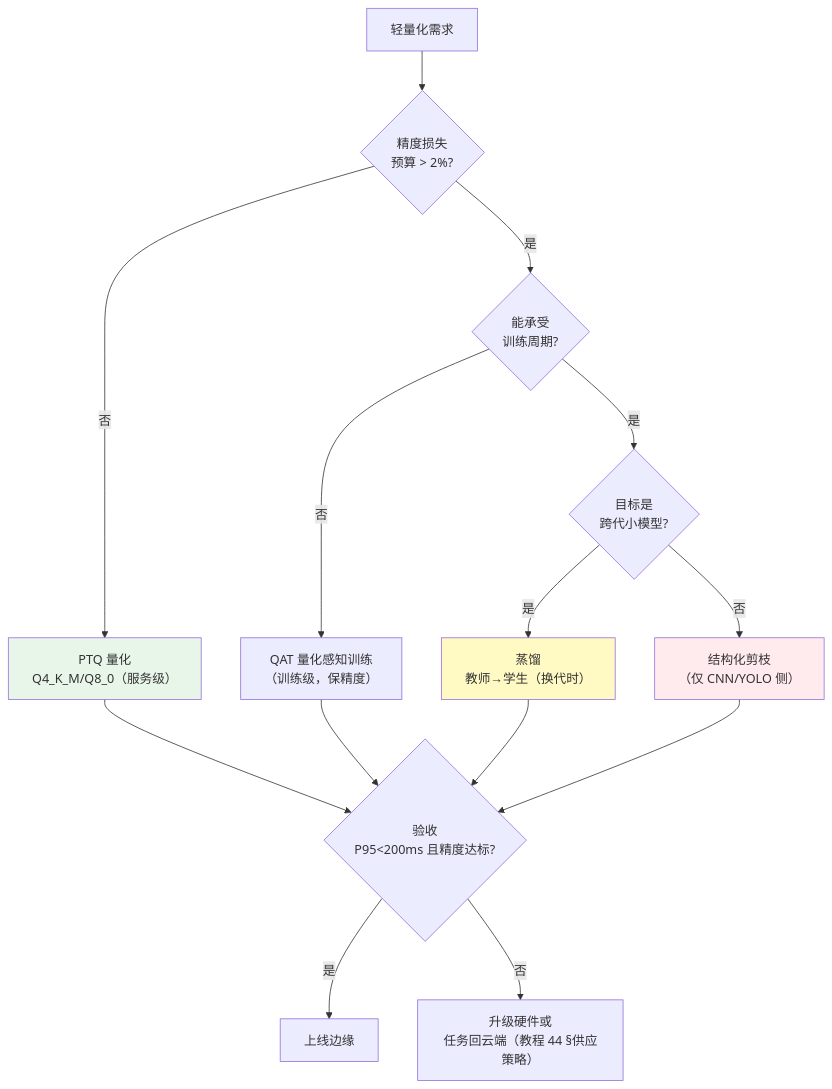
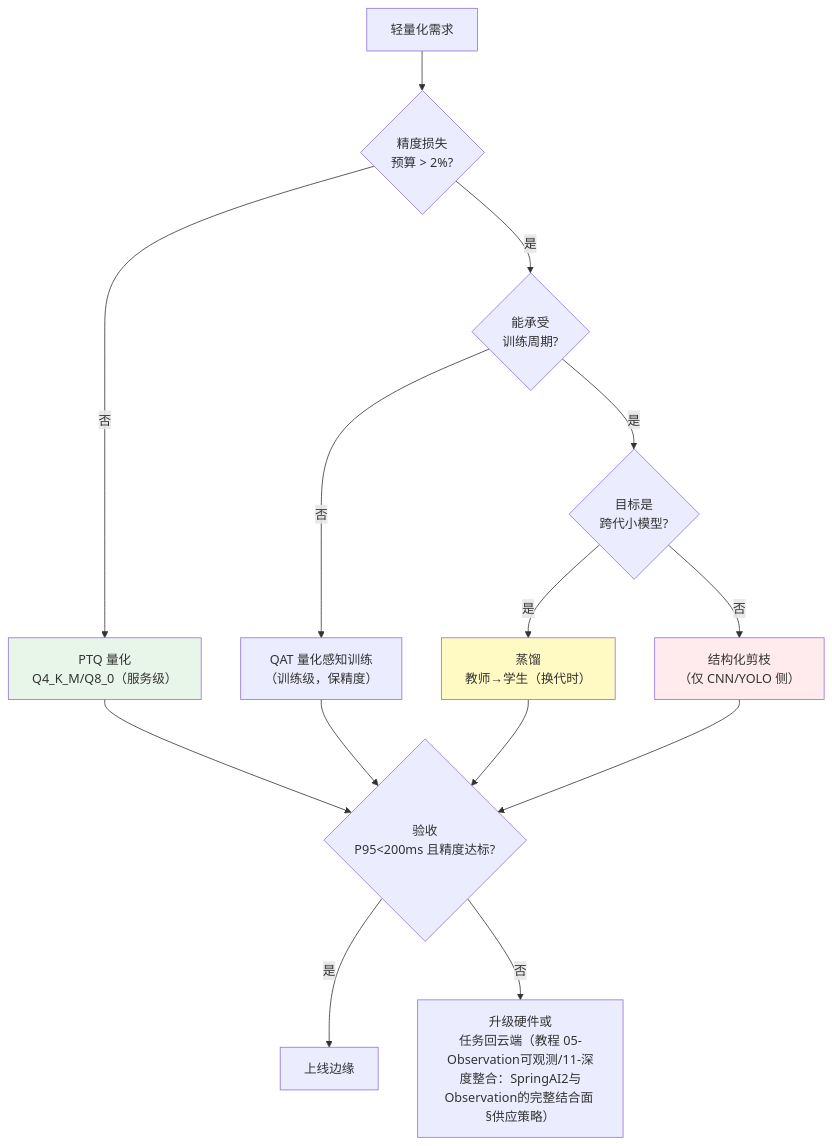
The first of 5 diagrams in docs/项目/11-工业质检与预测性维护/10-边缘AI推理优化.md (UranusGit/java-agent-learn), drawn with Mermaid before and after one commit. The commit also changed other lines of this file and 634 other files, not shown here.

````diff
--- a/docs/项目/11-工业质检与预测性维护/10-边缘AI推理优化.md
+++ b/docs/项目/11-工业质检与预测性维护/10-边缘AI推理优化.md
@@ -51,19 +51,19 @@
 ```mermaid
 flowchart TB
     START["轻量化需求"] --> Q1{"精度损失<br/>预算 > 2%?"}
     Q1 -->|否| QUANT["PTQ 量化<br/>Q4_K_M/Q8_0（服务级）"]
     Q1 -->|是| Q2{"能承受<br/>训练周期?"}
     Q2 -->|否| QAT["QAT 量化感知训练<br/>（训练级，保精度）"]
     Q2 -->|是| Q3{"目标是<br/>跨代小模型?"}
     Q3 -->|是| DISTILL["蒸馏<br/>教师→学生（换代时）"]
     Q3 -->|否| PRUNE["结构化剪枝<br/>（仅 CNN/YOLO 侧）"]
     QUANT --> CHECK{"验收<br/>P95<200ms 且精度达标?"}
     QAT --> CHECK
     DISTILL --> CHECK
     PRUNE --> CHECK
     CHECK -->|是| DONE["上线边缘"]
-    CHECK -->|否| ESC["升级硬件或<br/>任务回云端（教程 44 §供应策略）"]
+    CHECK -->|否| ESC["升级硬件或<br/>任务回云端（教程 05-Observation可观测/11-深度整合：SpringAI2与Observation的完整结合面 §供应策略）"]
     style QUANT fill:#e8f5e9
     style DISTILL fill:#fff9c4
     style PRUNE fill:#ffebee
 ```
````
